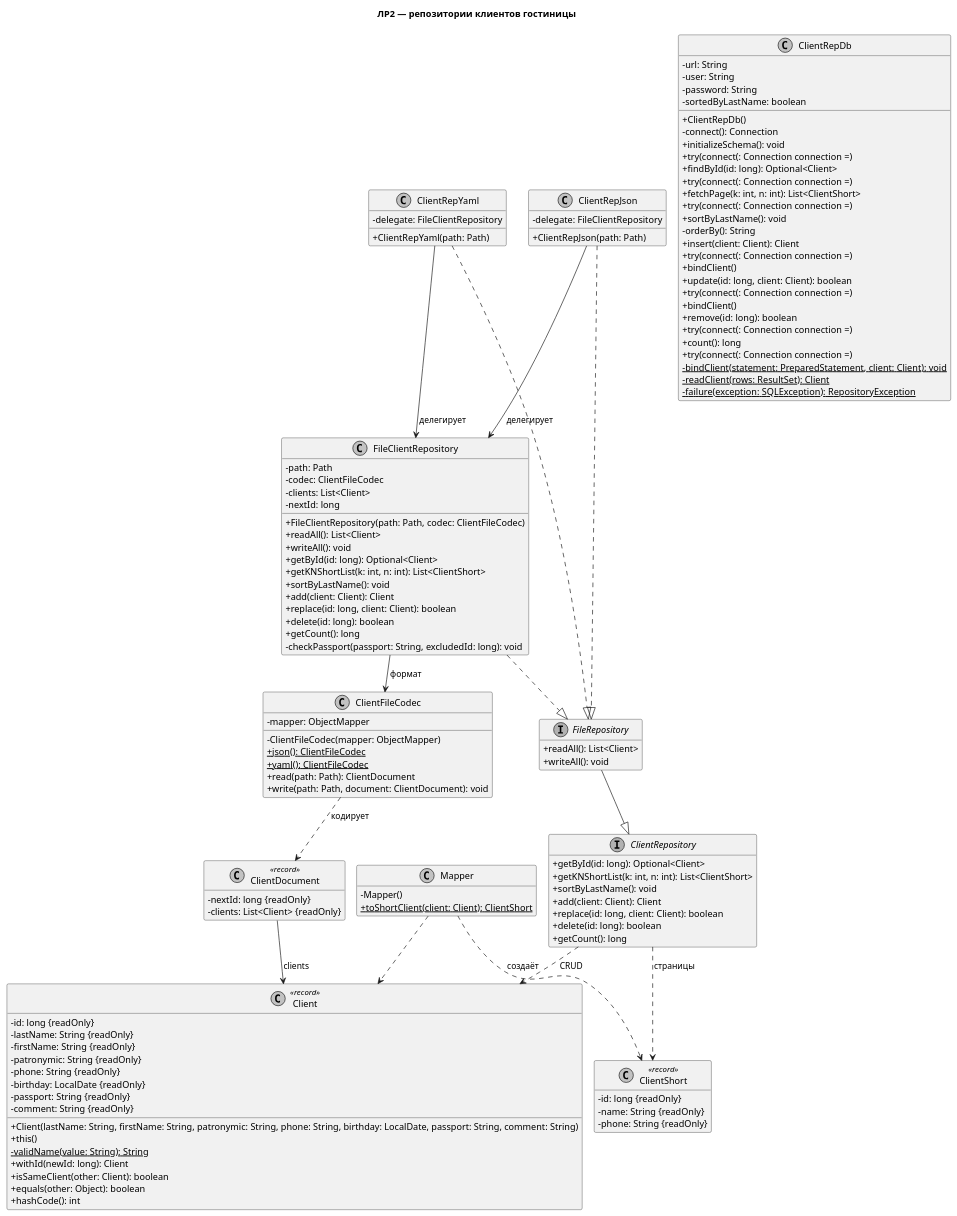
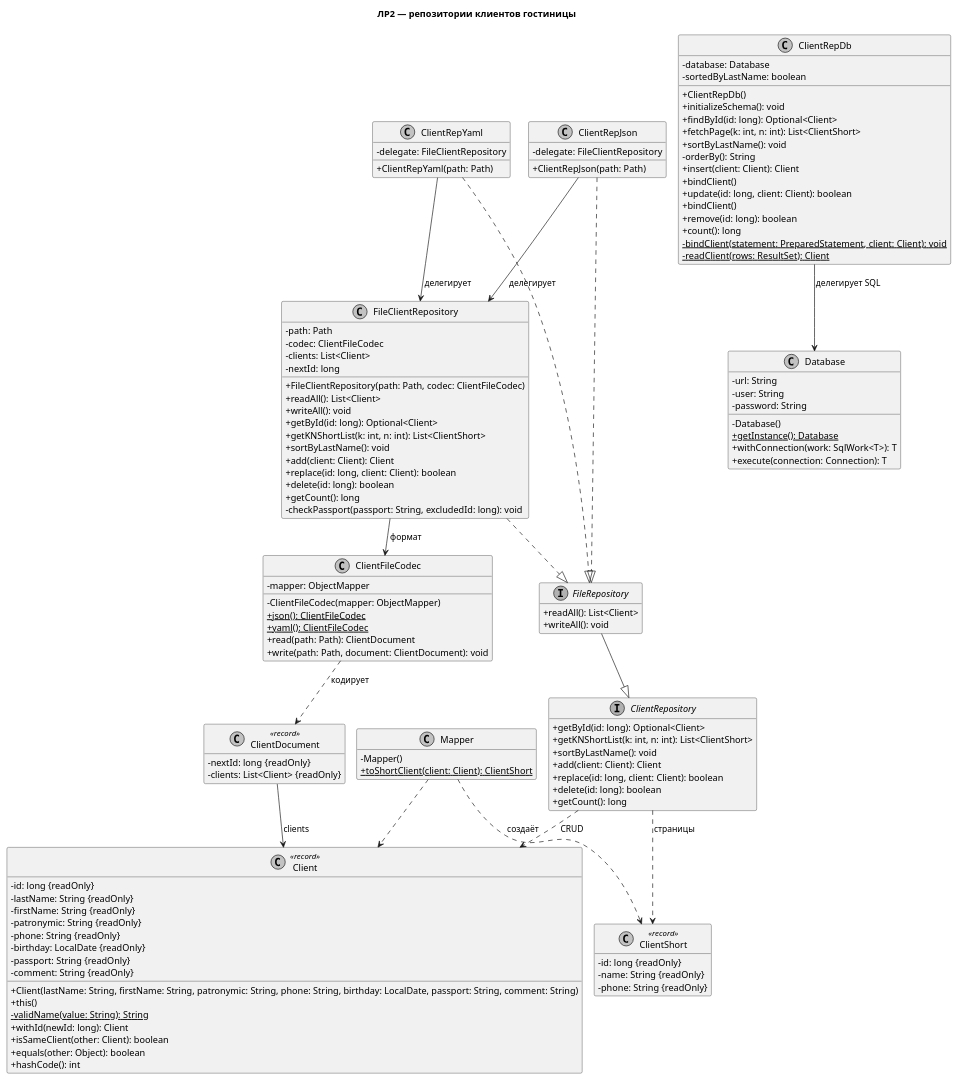
Before and after one commit to enteryourworld/information-system-design: the diagram in лаб2/docs/class-diagram.puml, drawn with PlantUML. The commit also changed 6 other files, not shown here.

```diff
--- a/лаб2/docs/class-diagram.puml
+++ b/лаб2/docs/class-diagram.puml
@@ -1,139 +1,139 @@
 @startuml
 !pragma layout smetana
 title ЛР2 — репозитории клиентов гостиницы
 skinparam classAttributeIconSize 0
 skinparam shadowing false
 skinparam monochrome true
 skinparam defaultFontName Arial
 hide empty members
 
 class Client <<record>> {
   - id: long {readOnly}
   - lastName: String {readOnly}
   - firstName: String {readOnly}
   - patronymic: String {readOnly}
   - phone: String {readOnly}
   - birthday: LocalDate {readOnly}
   - passport: String {readOnly}
   - comment: String {readOnly}
   + Client(lastName: String, firstName: String, patronymic: String, phone: String, birthday: LocalDate, passport: String, comment: String)
   + this()
   - {static} validName(value: String): String
   + withId(newId: long): Client
   + isSameClient(other: Client): boolean
   + equals(other: Object): boolean
   + hashCode(): int
 }
 
 class ClientDocument <<record>> {
   - nextId: long {readOnly}
   - clients: List<Client> {readOnly}
 }
 
 class ClientFileCodec {
   - mapper: ObjectMapper
   - ClientFileCodec(mapper: ObjectMapper)
   + {static} json(): ClientFileCodec
   + {static} yaml(): ClientFileCodec
   + read(path: Path): ClientDocument
   + write(path: Path, document: ClientDocument): void
 }
 
 class ClientRepDb {
-  - url: String
-  - user: String
-  - password: String
+  - database: Database
   - sortedByLastName: boolean
   + ClientRepDb()
-  - connect(): Connection
   + initializeSchema(): void
-  + try(connect(: Connection connection =)
   + findById(id: long): Optional<Client>
-  + try(connect(: Connection connection =)
   + fetchPage(k: int, n: int): List<ClientShort>
-  + try(connect(: Connection connection =)
   + sortByLastName(): void
   - orderBy(): String
   + insert(client: Client): Client
-  + try(connect(: Connection connection =)
   + bindClient()
   + update(id: long, client: Client): boolean
-  + try(connect(: Connection connection =)
   + bindClient()
   + remove(id: long): boolean
-  + try(connect(: Connection connection =)
   + count(): long
-  + try(connect(: Connection connection =)
   - {static} bindClient(statement: PreparedStatement, client: Client): void
   - {static} readClient(rows: ResultSet): Client
-  - {static} failure(exception: SQLException): RepositoryException
 }
 
 class ClientRepJson {
   - delegate: FileClientRepository
   + ClientRepJson(path: Path)
 }
 
 class ClientRepYaml {
   - delegate: FileClientRepository
   + ClientRepYaml(path: Path)
 }
 
 interface ClientRepository {
   + getById(id: long): Optional<Client>
   + getKNShortList(k: int, n: int): List<ClientShort>
   + sortByLastName(): void
   + add(client: Client): Client
   + replace(id: long, client: Client): boolean
   + delete(id: long): boolean
   + getCount(): long
 }
 
 class ClientShort <<record>> {
   - id: long {readOnly}
   - name: String {readOnly}
   - phone: String {readOnly}
+}
+
+class Database {
+  - url: String
+  - user: String
+  - password: String
+  - Database()
+  + {static} getInstance(): Database
+  + withConnection(work: SqlWork<T>): T
+  + execute(connection: Connection): T
 }
 
 class FileClientRepository {
   - path: Path
   - codec: ClientFileCodec
   - clients: List<Client>
   - nextId: long
   + FileClientRepository(path: Path, codec: ClientFileCodec)
   + readAll(): List<Client>
   + writeAll(): void
   + getById(id: long): Optional<Client>
   + getKNShortList(k: int, n: int): List<ClientShort>
   + sortByLastName(): void
   + add(client: Client): Client
   + replace(id: long, client: Client): boolean
   + delete(id: long): boolean
   + getCount(): long
   - checkPassport(passport: String, excludedId: long): void
 }
 
 interface FileRepository {
   + readAll(): List<Client>
   + writeAll(): void
 }
 
 class Mapper {
   - Mapper()
   + {static} toShortClient(client: Client): ClientShort
 }
 
 FileRepository --|> ClientRepository
 ClientRepJson ..|> FileRepository
 ClientRepYaml ..|> FileRepository
 FileClientRepository ..|> FileRepository
 ClientRepJson --> FileClientRepository : делегирует
 ClientRepYaml --> FileClientRepository : делегирует
 FileClientRepository --> ClientFileCodec : формат
 ClientFileCodec ..> ClientDocument : кодирует
 ClientDocument --> Client : clients
 ClientRepository ..> Client : CRUD
 ClientRepository ..> ClientShort : страницы
 Mapper ..> Client
 Mapper ..> ClientShort : создаёт
+ClientRepDb --> Database : делегирует SQL
 @enduml
```
